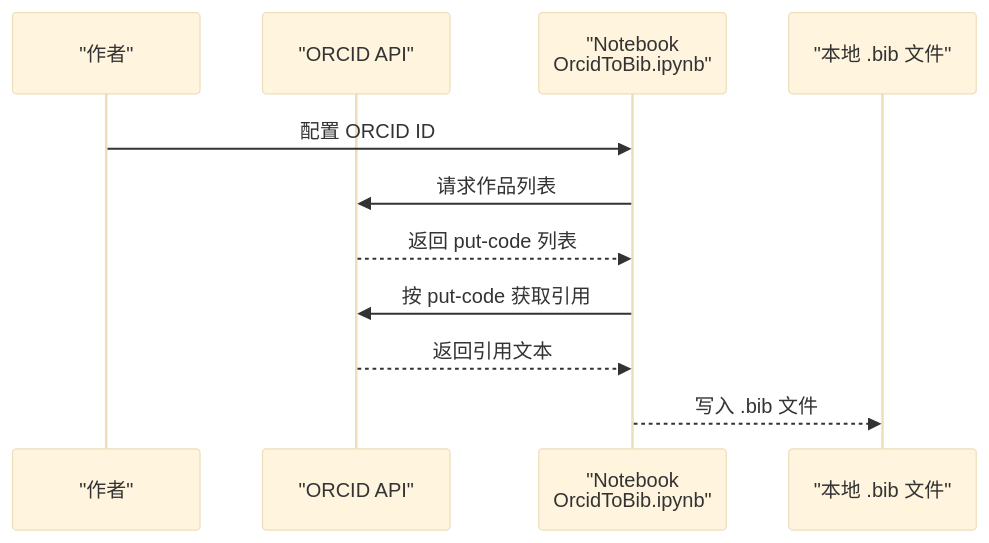
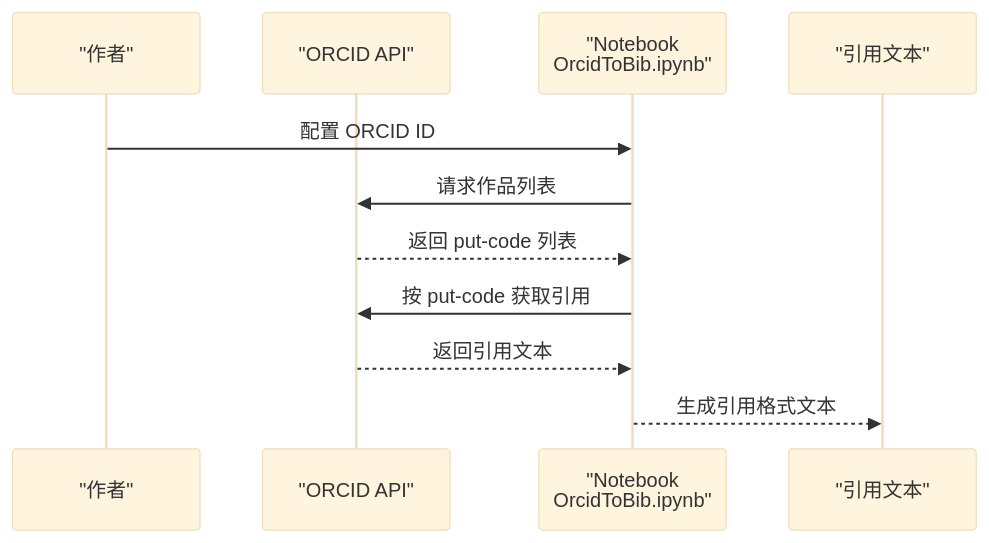
One commit to CoolPig0720/CoolPig0720.github.io changed the fourth of 7 diagrams in .qoder/repowiki/zh/content/内容管理系统/学术论文管理.md. Above: the diagram before and after it, drawn with Mermaid (base theme). The commit also changed other lines of this file and 6 other files, not shown here.

````diff
--- a/.qoder/repowiki/zh/content/内容管理系统/学术论文管理.md
+++ b/.qoder/repowiki/zh/content/内容管理系统/学术论文管理.md
@@ -213,13 +175,13 @@
 ```mermaid
 sequenceDiagram
 participant A as "作者"
 participant O as "ORCID API"
 participant N as "Notebook<br/>OrcidToBib.ipynb"
-participant B as "本地 .bib 文件"
+participant T as "引用文本"
 A->>N : 配置 ORCID ID
 N->>O : 请求作品列表
 O-->>N : 返回 put-code 列表
 N->>O : 按 put-code 获取引用
 O-->>N : 返回引用文本
-N-->>B : 写入 .bib 文件
+N-->>T : 生成引用格式文本
 ```
````
